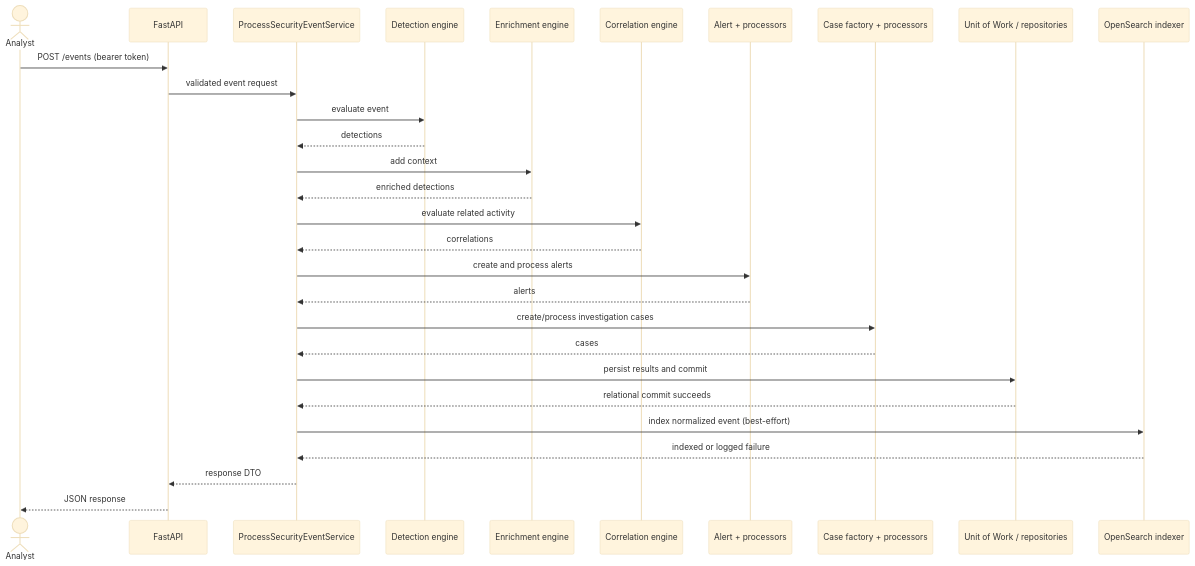
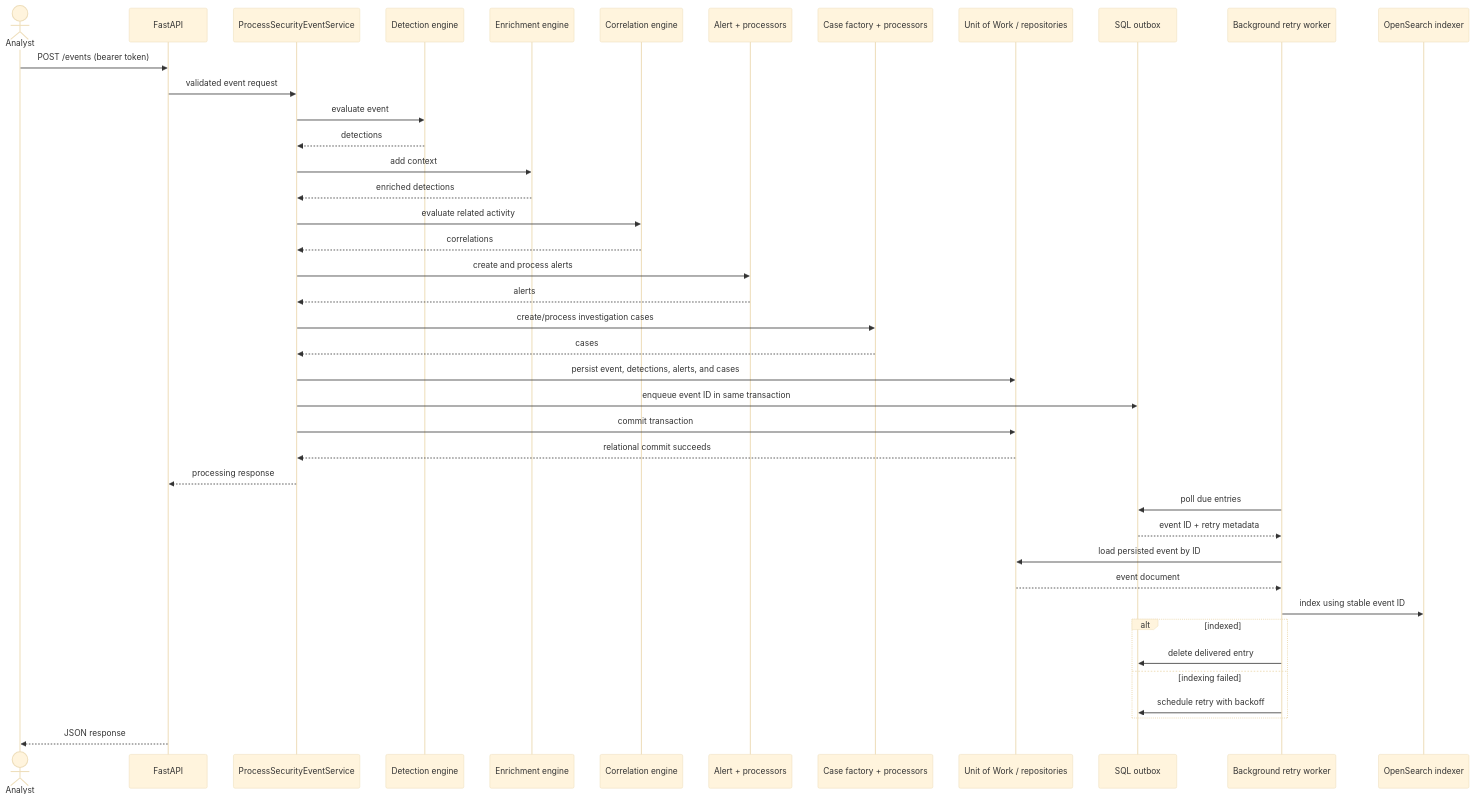
Before and after one commit to MikeYu76/soc-platform: the second of 3 diagrams in docs/ARCHITECTURE.md, drawn with Mermaid (base theme). The commit also changed other lines of this file and 15 other files, not shown here.

Commit message:
Add durable OpenSearch indexing retries

````diff
--- a/docs/ARCHITECTURE.md
+++ b/docs/ARCHITECTURE.md
@@ -27,31 +30,43 @@
 ```mermaid
 sequenceDiagram
     actor Analyst
     participant API as FastAPI
     participant UseCase as ProcessSecurityEventService
     participant Detect as Detection engine
     participant Enrich as Enrichment engine
     participant Correlate as Correlation engine
     participant Alert as Alert + processors
     participant Case as Case factory + processors
     participant UoW as Unit of Work / repositories
+    participant Outbox as SQL outbox
+    participant Worker as Background retry worker
     participant Search as OpenSearch indexer
     Analyst->>API: POST /events (bearer token)
     API->>UseCase: validated event request
     UseCase->>Detect: evaluate event
     Detect-->>UseCase: detections
     UseCase->>Enrich: add context
     Enrich-->>UseCase: enriched detections
     UseCase->>Correlate: evaluate related activity
     Correlate-->>UseCase: correlations
     UseCase->>Alert: create and process alerts
     Alert-->>UseCase: alerts
     UseCase->>Case: create/process investigation cases
     Case-->>UseCase: cases
-    UseCase->>UoW: persist results and commit
+    UseCase->>UoW: persist event, detections, alerts, and cases
+    UseCase->>Outbox: enqueue event ID in same transaction
+    UseCase->>UoW: commit transaction
     UoW-->>UseCase: relational commit succeeds
-    UseCase->>Search: index normalized event (best-effort)
-    Search-->>UseCase: indexed or logged failure
-    UseCase-->>API: response DTO
+    UseCase-->>API: processing response
+    Worker->>Outbox: poll due entries
+    Outbox-->>Worker: event ID + retry metadata
+    Worker->>UoW: load persisted event by ID
+    UoW-->>Worker: event document
+    Worker->>Search: index using stable event ID
+    alt indexed
+        Worker->>Outbox: delete delivered entry
+    else indexing failed
+        Worker->>Outbox: schedule retry with backoff
+    end
     API-->>Analyst: JSON response
 ```
````
